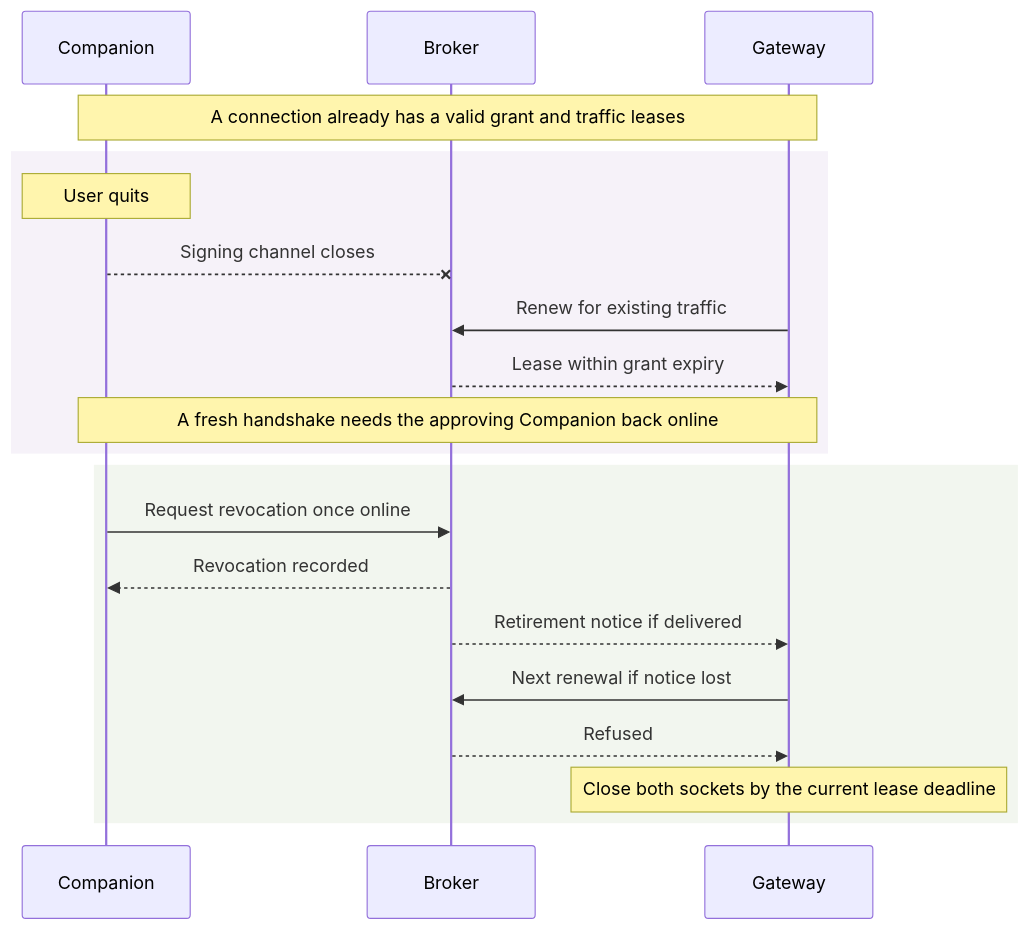
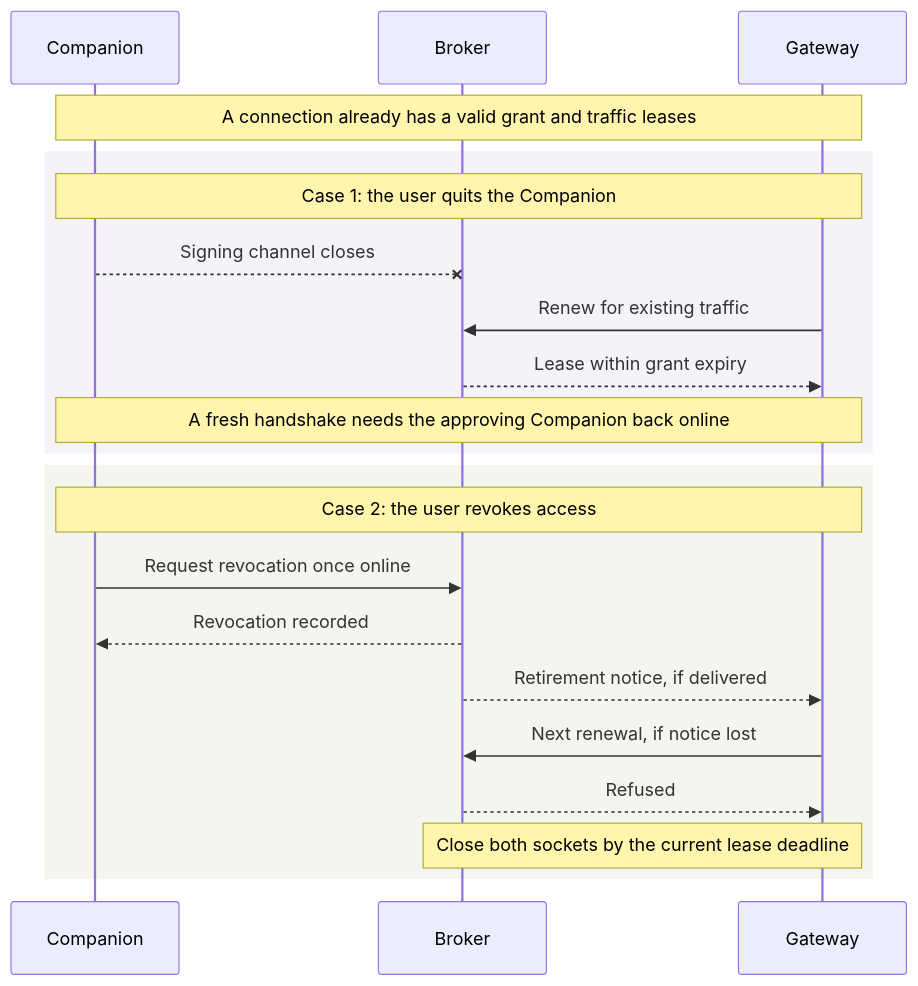
The diagram in docs/assets/diagrams/access-ends.mmd (zeroae/countersign), drawn with Mermaid before and after one commit. The commit also changed 37 other files, not shown here.

First line of the commit message:
Make handbook diagrams legible in both themes and annotate screenshots (#10)

```diff
--- a/docs/assets/diagrams/access-ends.mmd
+++ b/docs/assets/diagrams/access-ends.mmd
@@ -1,21 +1,24 @@
+%%{init: {"sequence": {"actorMargin": 70}}}%%
 sequenceDiagram
     accTitle: What happens when the desktop quits or the user revokes access
+    accDescr: Two cases. If the user quits the Companion, existing traffic can keep renewing leases but no fresh handshake can be signed. If the user revokes, the Broker records it, refuses further renewal, and the Gateway closes both sockets by the current lease deadline.
     participant C as Companion
     participant B as Broker
     participant G as Gateway
     Note over C,G: A connection already has a valid grant and traffic leases
     rect rgb(246,242,249)
-    Note over C: User quits
+    Note over C,G: Case 1: the user quits the Companion
     C--xB: Signing channel closes
     G->>B: Renew for existing traffic
     B-->>G: Lease within grant expiry
     Note over C,G: A fresh handshake needs the approving Companion back online
     end
     rect rgb(242,246,239)
+    Note over C,G: Case 2: the user revokes access
     C->>B: Request revocation once online
     B-->>C: Revocation recorded
-    B-->>G: Retirement notice if delivered
-    G->>B: Next renewal if notice lost
+    B-->>G: Retirement notice, if delivered
+    G->>B: Next renewal, if notice lost
     B-->>G: Refused
-    Note over G: Close both sockets by the current lease deadline
+    Note over B,G: Close both sockets by the current lease deadline
     end
```
